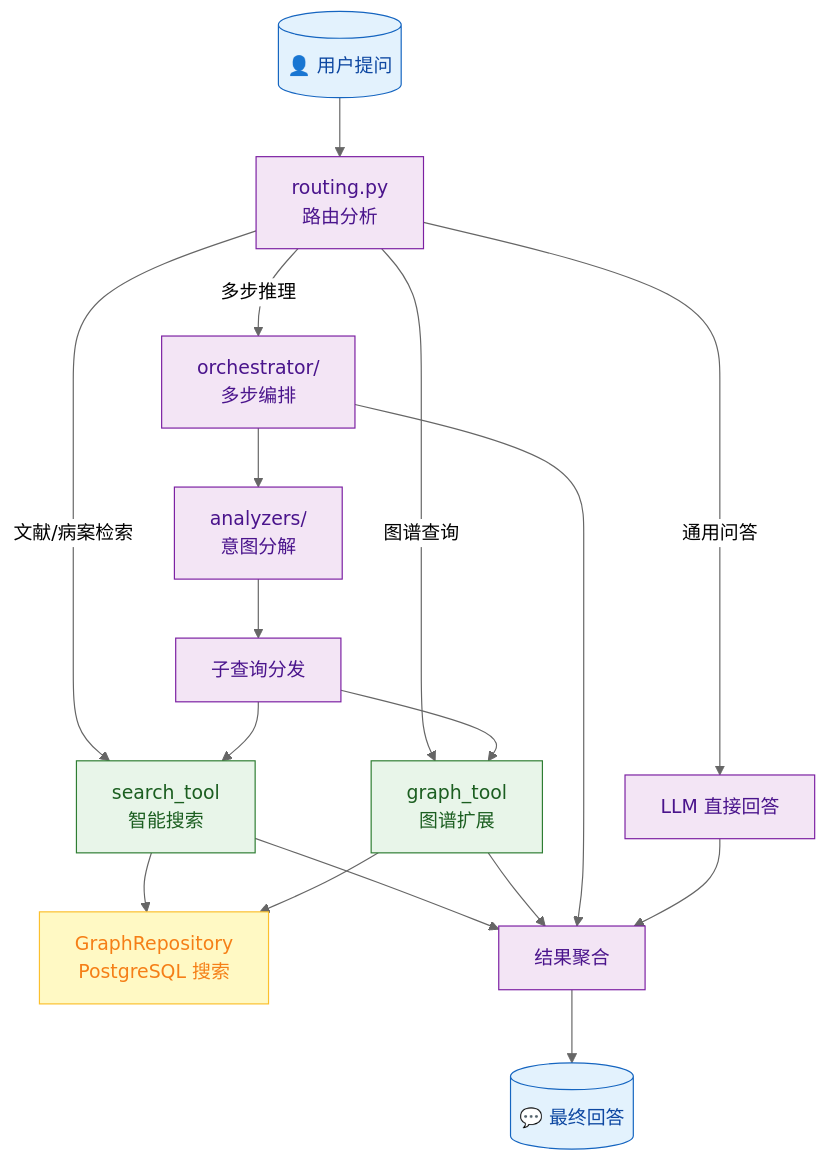
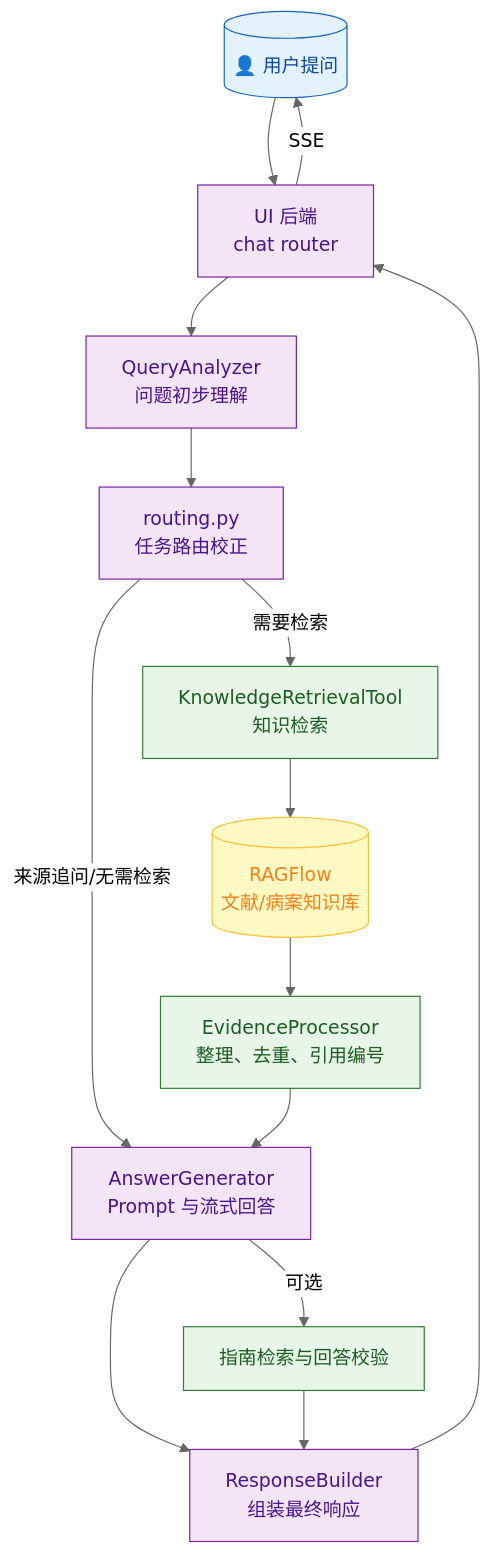
Before and after one commit to jiangbo1209/Tcm-agent: the third of 6 diagrams in README.md, drawn with Mermaid (neutral theme). The commit also changed other lines of this file and 7 other files, not shown here.

````diff
--- a/README.md
+++ b/README.md
@@ -154,29 +158,22 @@
 ```mermaid
 graph TD
 
     classDef user fill:#e3f2fd,stroke:#1565c0,color:#0d47a1;
     classDef agent fill:#f3e5f5,stroke:#7b1fa2,color:#4a148c;
     classDef tool fill:#e8f5e9,stroke:#2e7d32,color:#1b5e20;
-    classDef db fill:#fff9c4,stroke:#fbc02d,color:#f57f17;
+    classDef external fill:#fff9c4,stroke:#fbc02d,color:#f57f17;
 
-    User[("👤 用户提问")]:::user --> Router[routing.py<br/>路由分析]:::agent
-
-    Router -->|文献/病案检索| SearchTool[search_tool<br/>智能搜索]:::tool
-    Router -->|图谱查询| GraphTool[graph_tool<br/>图谱扩展]:::tool
-    Router -->|通用问答| LLM[LLM 直接回答]:::agent
-    Router -->|多步推理| Orchestrator[orchestrator/<br/>多步编排]:::agent
-
-    SearchTool --> Repo[GraphRepository<br/>PostgreSQL 搜索]:::db
-    GraphTool --> Repo
-
-    Orchestrator --> Analyzer[analyzers/<br/>意图分解]:::agent
-    Analyzer --> SubQuery[子查询分发]:::agent
-    SubQuery --> SearchTool
-    SubQuery --> GraphTool
-
-    SearchTool --> Result[结果聚合]:::agent
-    GraphTool --> Result
-    Orchestrator --> Result
-    LLM --> Result
-    Result --> Answer[("💬 最终回答")]:::user
+    User[("👤 用户提问")]:::user --> Backend[UI 后端<br/>chat router]:::agent
+    Backend --> Analyzer[QueryAnalyzer<br/>问题初步理解]:::agent
+    Analyzer --> Router[routing.py<br/>任务路由校正]:::agent
+    Router -->|需要检索| Retrieval[KnowledgeRetrievalTool<br/>知识检索]:::tool
+    Router -->|来源追问/无需检索| Generator[AnswerGenerator<br/>Prompt 与流式回答]:::agent
+    Retrieval --> RAGFlow[(RAGFlow<br/>文献/病案知识库)]:::external
+    RAGFlow --> Evidence[EvidenceProcessor<br/>整理、去重、引用编号]:::tool
+    Evidence --> Generator
+    Generator -->|可选| Validation[指南检索与回答校验]:::tool
+    Generator --> Response[ResponseBuilder<br/>组装最终响应]:::agent
+    Validation --> Response
+    Response --> Backend
+    Backend -->|SSE| User
 ```
````
